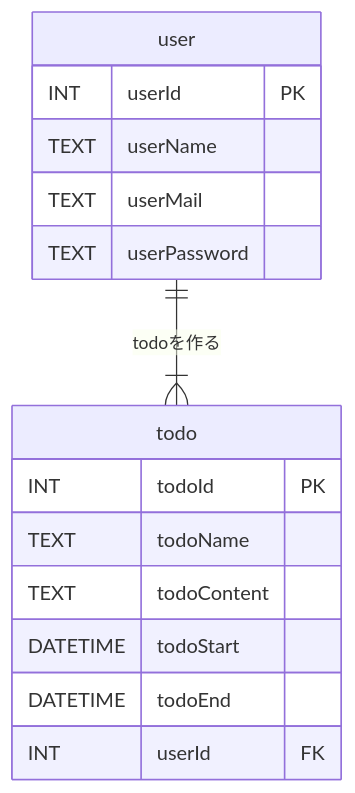
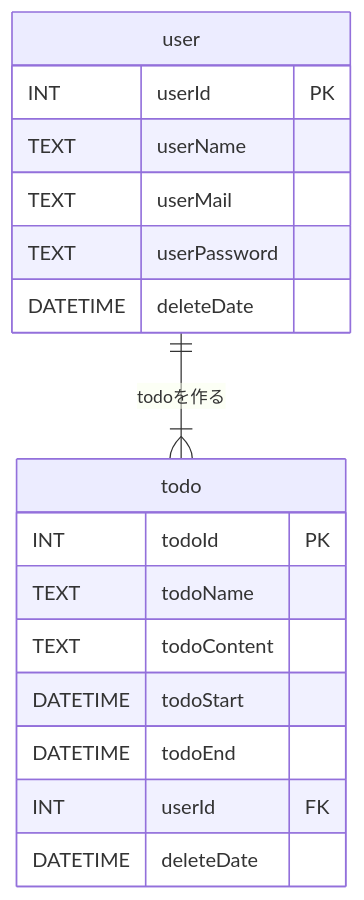
The third of 4 diagrams in src/要件定義.md (tam1192/MyTodoAppsDocs), drawn with Mermaid before and after one commit. The commit also changed other lines of this file, not shown here.

````diff
--- a/src/要件定義.md
+++ b/src/要件定義.md
@@ -193,22 +195,24 @@
 ```mermaid
 erDiagram
 	direction TB
 	user {
 		INT userId PK ""
 		TEXT userName  ""
 		TEXT userMail  ""
 		TEXT userPassword  ""
+      DATETIME deleteDate ""
 	}
 
 	todo {
 		INT todoId PK ""
 		TEXT todoName  ""
 		TEXT todoContent  ""
 		DATETIME todoStart  ""
 		DATETIME todoEnd  ""
 		INT userId FK ""
+      DATETIME deleteDate ""
 	}
 
 	user||--|{todo:" todoを作る "
 
 ```
````
